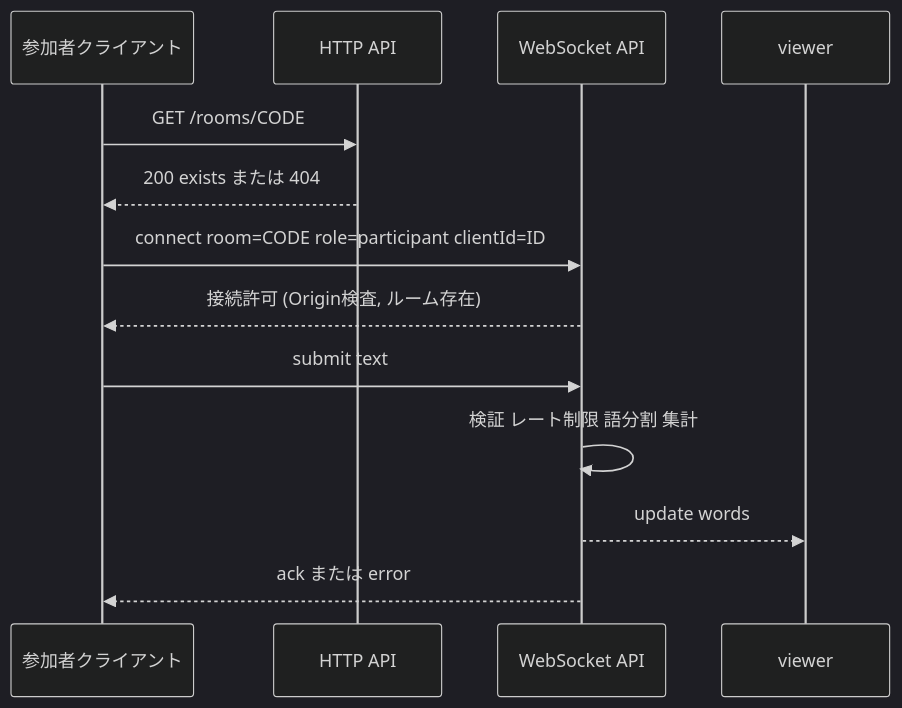
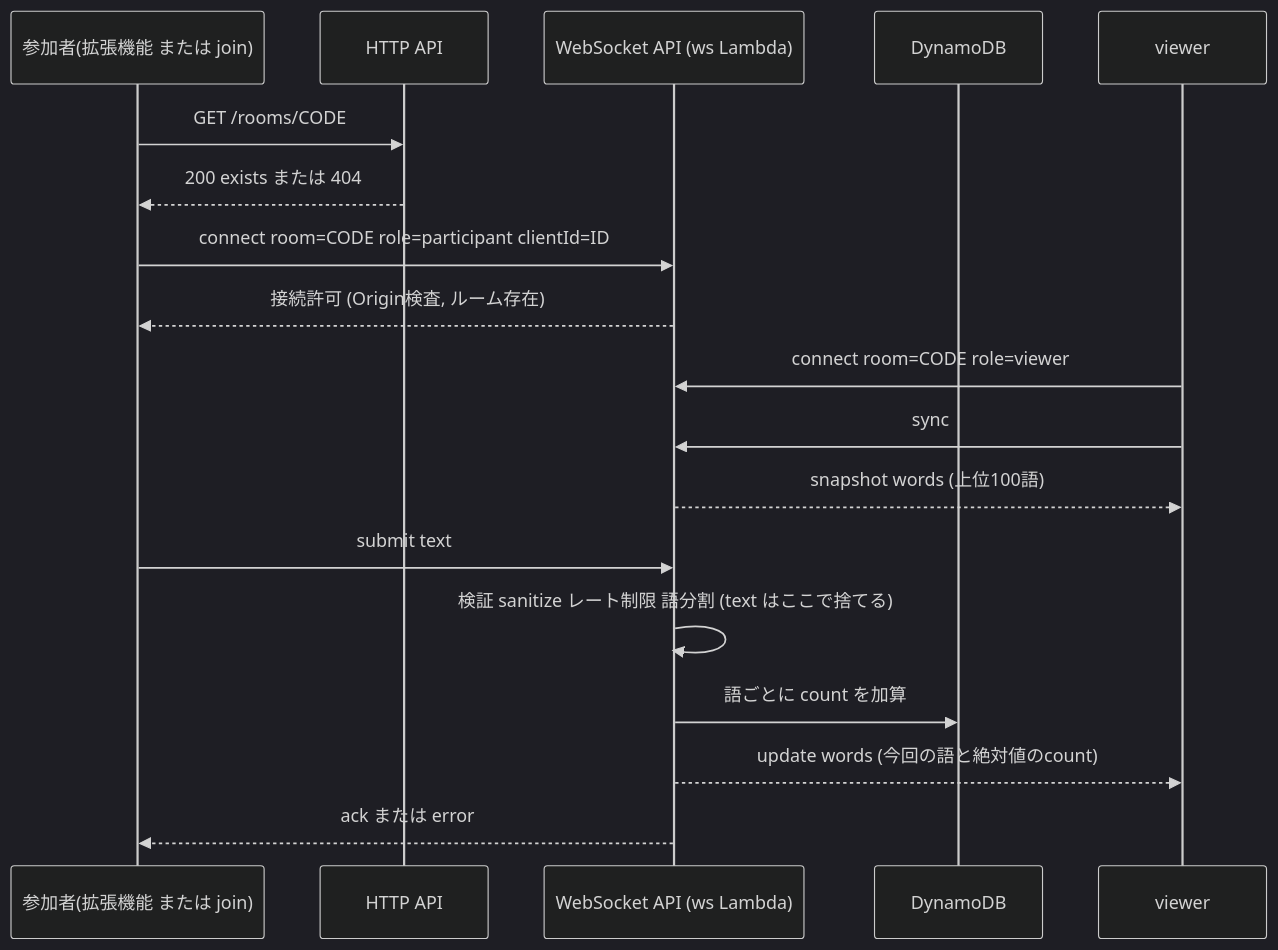
The second of 3 diagrams in aidlc/spaces/default/codekb/mkwordcloud/architecture.md (negot/mkwordcloud), drawn with Mermaid (dark theme) before and after one commit. The commit also changed other lines of this file and 49 other files, not shown here.

````diff
--- a/aidlc/spaces/default/codekb/mkwordcloud/architecture.md
+++ b/aidlc/spaces/default/codekb/mkwordcloud/architecture.md
@@ -46,15 +62,20 @@
 ```mermaid
 sequenceDiagram
-  participant P as 参加者クライアント
+  participant P as 参加者(拡張機能 または join)
   participant H as HTTP API
-  participant W as WebSocket API
+  participant W as WebSocket API (ws Lambda)
+  participant D as DynamoDB
   participant V as viewer
   P->>H: GET /rooms/CODE
   H-->>P: 200 exists または 404
   P->>W: connect room=CODE role=participant clientId=ID
   W-->>P: 接続許可 (Origin検査, ルーム存在)
+  V->>W: connect room=CODE role=viewer
+  V->>W: sync
+  W-->>V: snapshot words (上位100語)
   P->>W: submit text
-  W->>W: 検証 レート制限 語分割 集計
-  W-->>V: update words
+  W->>W: 検証 sanitize レート制限 語分割 (text はここで捨てる)
+  W->>D: 語ごとに count を加算
+  W-->>V: update words (今回の語と絶対値のcount)
   W-->>P: ack または error
 ```
````
